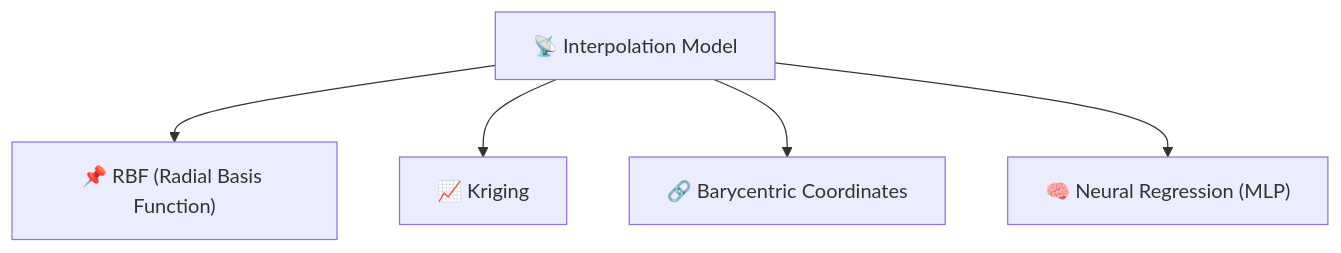
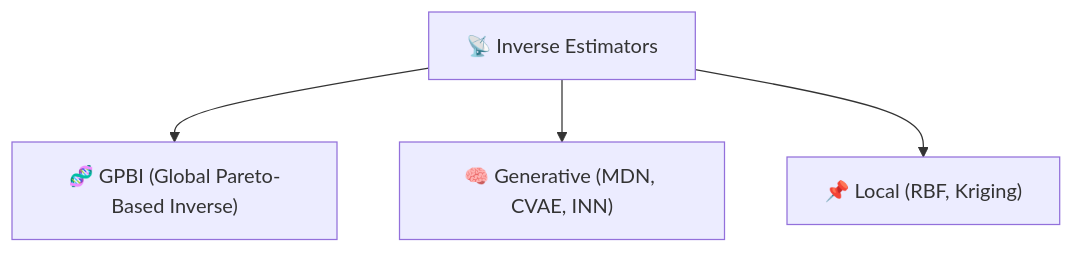
The third of 5 diagrams in backend/docs/processes/inverse-design-pipeline.md (Nicola-Ibrahim/Tracing-Objectives-Backwards), drawn with Mermaid before and after one commit. The commit also changed other lines of this file and 15 other files, not shown here.

````diff
--- a/backend/docs/processes/inverse-design-pipeline.md
+++ b/backend/docs/processes/inverse-design-pipeline.md
@@ -122,9 +122,8 @@
 ```mermaid
 flowchart TD
-  A["📡 Interpolation Model"] --> B["📌 RBF (Radial Basis Function)"]
-  A --> C["📈 Kriging"]
-  A --> D["🔗 Barycentric Coordinates"]
-  A --> E["🧠 Neural Regression (MLP)"]
+  A["📡 Inverse Estimators"] --> B["🧬 GPBI (Global Pareto-Based Inverse)"]
+  A --> C["🧠 Generative (MDN, CVAE, INN)"]
+  A --> D["📌 Local (RBF, Kriging)"]
 
 
 ```
````
